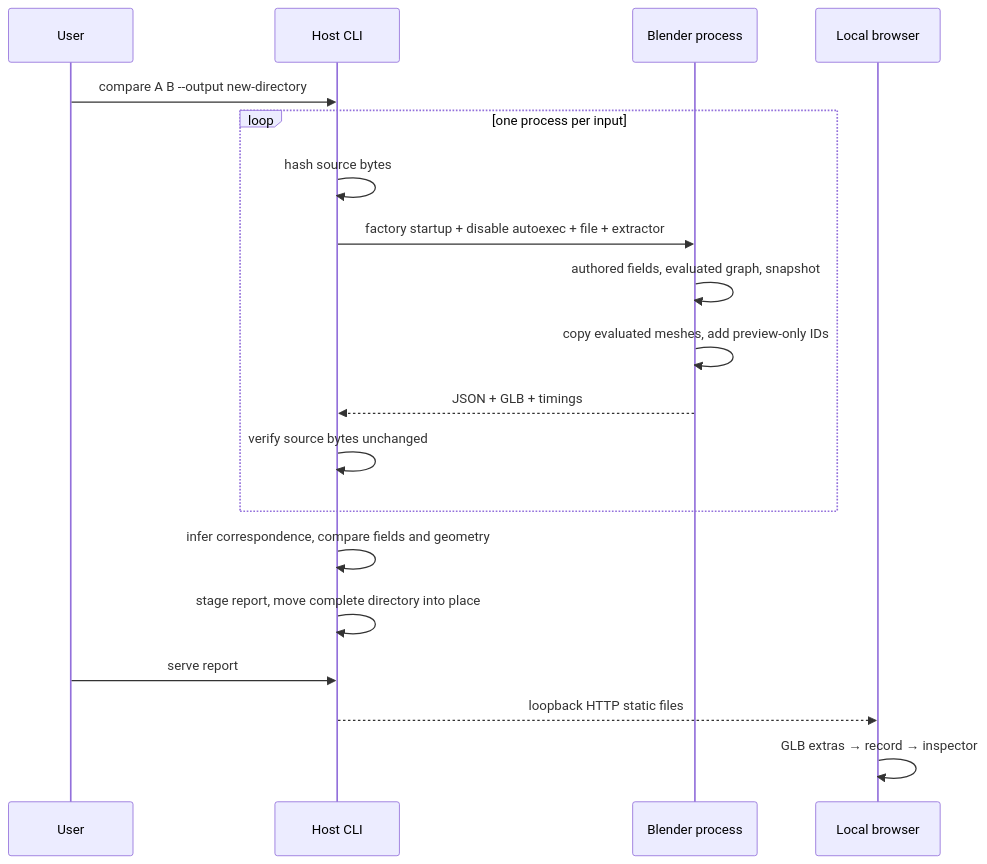
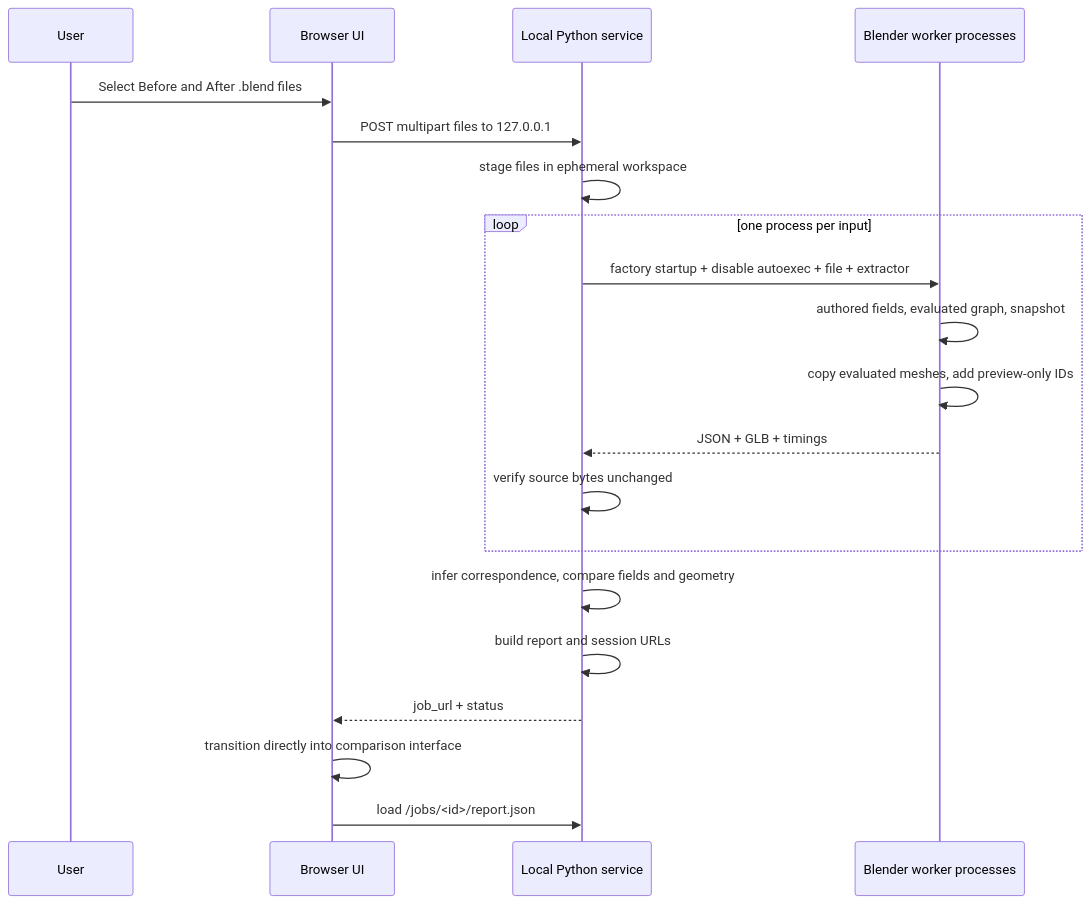
The second of 2 diagrams in docs/architecture.md (scapintobias/semantic-change-explorer), drawn with Mermaid before and after one commit. The commit also changed other lines of this file and 11 other files, not shown here.

Commit message:
v1.0 local browser workflow

````diff
--- a/docs/architecture.md
+++ b/docs/architecture.md
@@ -19,21 +22,22 @@
 ```mermaid
 sequenceDiagram
   participant U as User
-  participant H as Host CLI
-  participant B as Blender process
-  participant V as Local browser
-  U->>H: compare A B --output new-directory
+  participant B as Browser UI
+  participant H as Local Python service
+  participant P as Blender worker processes
+  U->>B: Select Before and After .blend files
+  B->>H: POST multipart files to 127.0.0.1
+  H->>H: stage files in ephemeral workspace
   loop one process per input
-    H->>H: hash source bytes
-    H->>B: factory startup + disable autoexec + file + extractor
-    B->>B: authored fields, evaluated graph, snapshot
-    B->>B: copy evaluated meshes, add preview-only IDs
-    B-->>H: JSON + GLB + timings
+    H->>P: factory startup + disable autoexec + file + extractor
+    P->>P: authored fields, evaluated graph, snapshot
+    P->>P: copy evaluated meshes, add preview-only IDs
+    P-->>H: JSON + GLB + timings
     H->>H: verify source bytes unchanged
   end
   H->>H: infer correspondence, compare fields and geometry
-  H->>H: stage report, move complete directory into place
-  U->>H: serve report
-  H-->>V: loopback HTTP static files
-  V->>V: GLB extras → record → inspector
+  H->>H: build report and session URLs
+  H-->>B: job_url + status
+  B->>B: transition directly into comparison interface
+  B->>H: load /jobs/<id>/report.json
 ```
````
